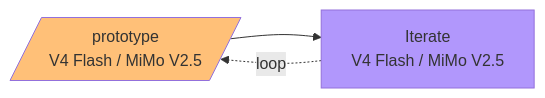
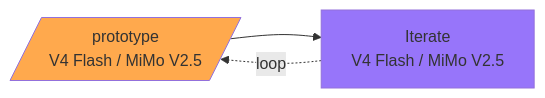
One commit to elisharkray1030/ai-coding-workflow changed the fifth of 5 diagrams in README.md. Above: the diagram before and after it, drawn with Mermaid. The commit also changed other lines of this file, not shown here.

First line of the commit message:
Darken Mermaid diagram fills for readability

````diff
--- a/README.md
+++ b/README.md
@@ -122,11 +122,11 @@
 ```mermaid
 graph LR
     PR[/prototype<br/>V4 Flash / MiMo V2.5/] --> IT[Iterate<br/>V4 Flash / MiMo V2.5]
     IT -.->|loop| PR
 
-    classDef orange fill:#ffc078
-    classDef purple fill:#b197fc
+    classDef orange fill:#ffa94d
+    classDef purple fill:#9775fa
 
     class PR orange
     class IT purple
 ```
````
